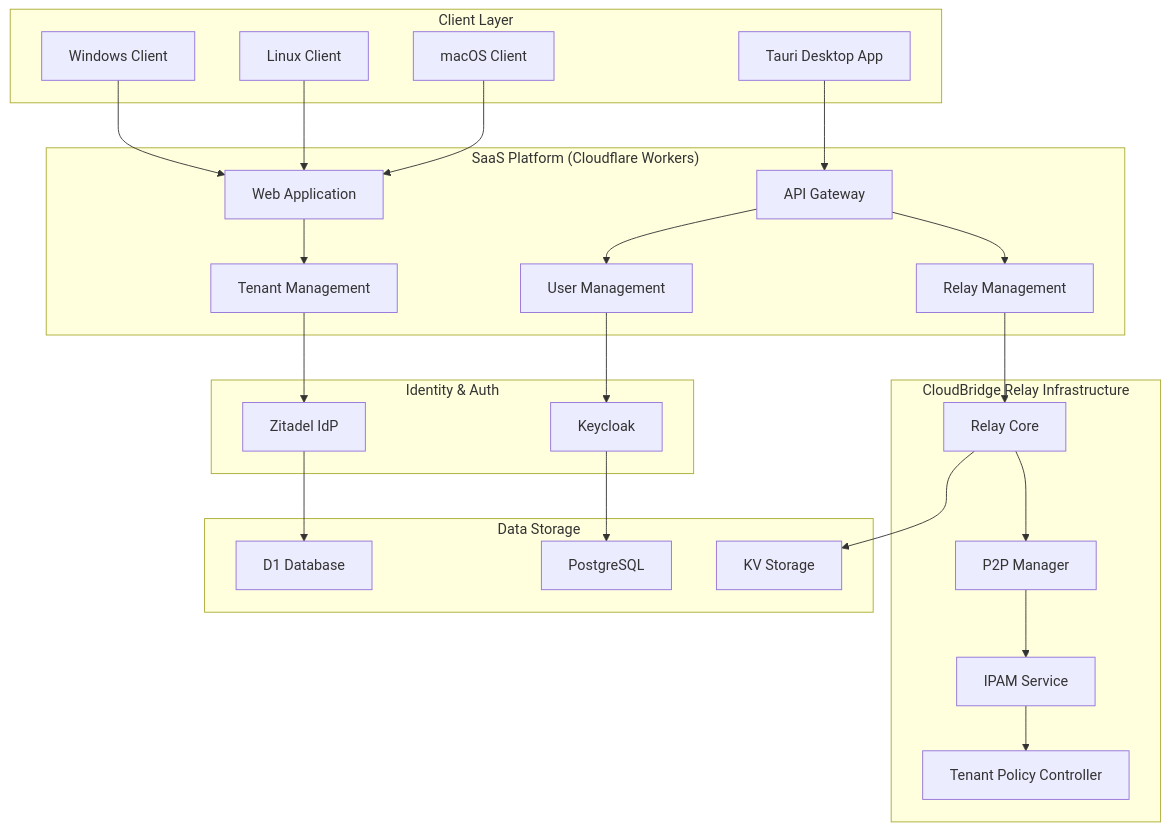
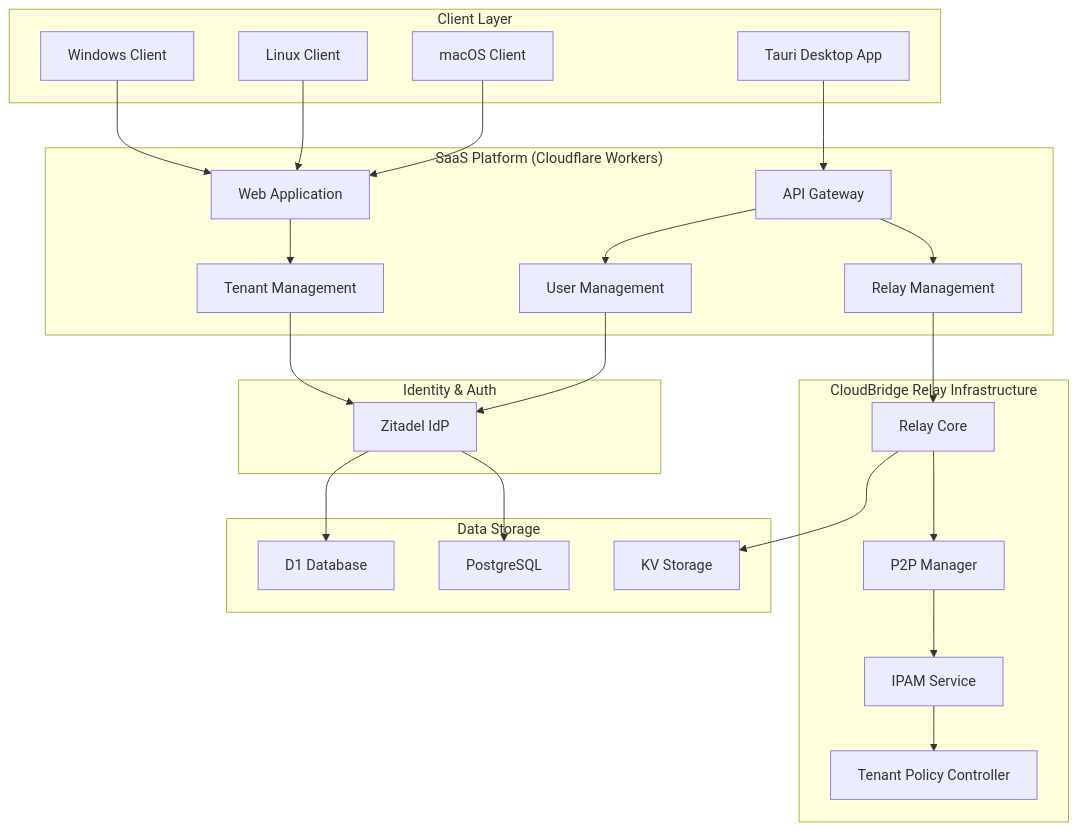
One commit to twogc/cloudbridge-relay-installer changed diagram 26 of 26 in docs/architecture/ARCHITECTURE_ANALYSIS.md. Above: the diagram before and after it, drawn with Mermaid. The commit also changed other lines of this file and 46 other files, not shown here.

````diff
--- a/docs/architecture/ARCHITECTURE_ANALYSIS.md
+++ b/docs/architecture/ARCHITECTURE_ANALYSIS.md
@@ -2280,56 +2276,55 @@
 ```mermaid
 graph TB
     subgraph "Client Layer"
         CLIENT_WIN[Windows Client]
         CLIENT_LINUX[Linux Client]
         CLIENT_MAC[macOS Client]
         DESKTOP_APP[Tauri Desktop App]
     end
     
     subgraph "SaaS Platform (Cloudflare Workers)"
         WEB_APP[Web Application]
         API_GATEWAY[API Gateway]
         TENANT_MGMT[Tenant Management]
         USER_MGMT[User Management]
         RELAY_MGMT[Relay Management]
     end
     
     subgraph "CloudBridge Relay Infrastructure"
         RELAY_CORE[Relay Core]
         P2P_MANAGER[P2P Manager]
         IPAM[IPAM Service]
         TENANT_CONTROLLER[Tenant Policy Controller]
     end
     
     subgraph "Identity & Auth"
         ZITADEL[Zitadel IdP]
-        KEYCLOAK[Keycloak]
     end
     
     subgraph "Data Storage"
         D1_DB[D1 Database]
         POSTGRES[PostgreSQL]
         KV_STORAGE[KV Storage]
     end
     
     CLIENT_WIN --> WEB_APP
     CLIENT_LINUX --> WEB_APP
     CLIENT_MAC --> WEB_APP
     DESKTOP_APP --> API_GATEWAY
     
     WEB_APP --> TENANT_MGMT
     API_GATEWAY --> USER_MGMT
     API_GATEWAY --> RELAY_MGMT
     
     TENANT_MGMT --> ZITADEL
-    USER_MGMT --> KEYCLOAK
+    USER_MGMT --> ZITADEL
     RELAY_MGMT --> RELAY_CORE
     
     RELAY_CORE --> P2P_MANAGER
     P2P_MANAGER --> IPAM
     IPAM --> TENANT_CONTROLLER
     
     ZITADEL --> D1_DB
-    KEYCLOAK --> POSTGRES
+    ZITADEL --> POSTGRES
     RELAY_CORE --> KV_STORAGE
 ```
````
